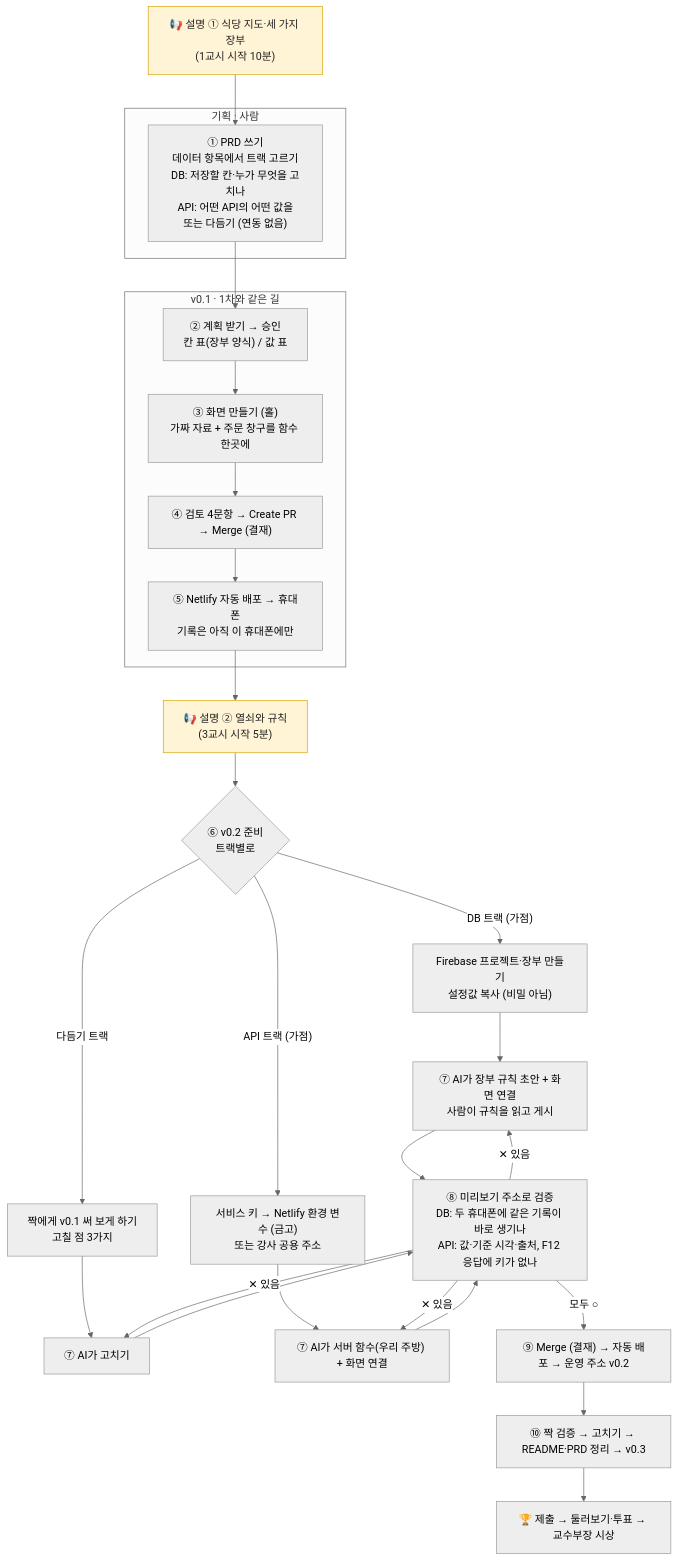
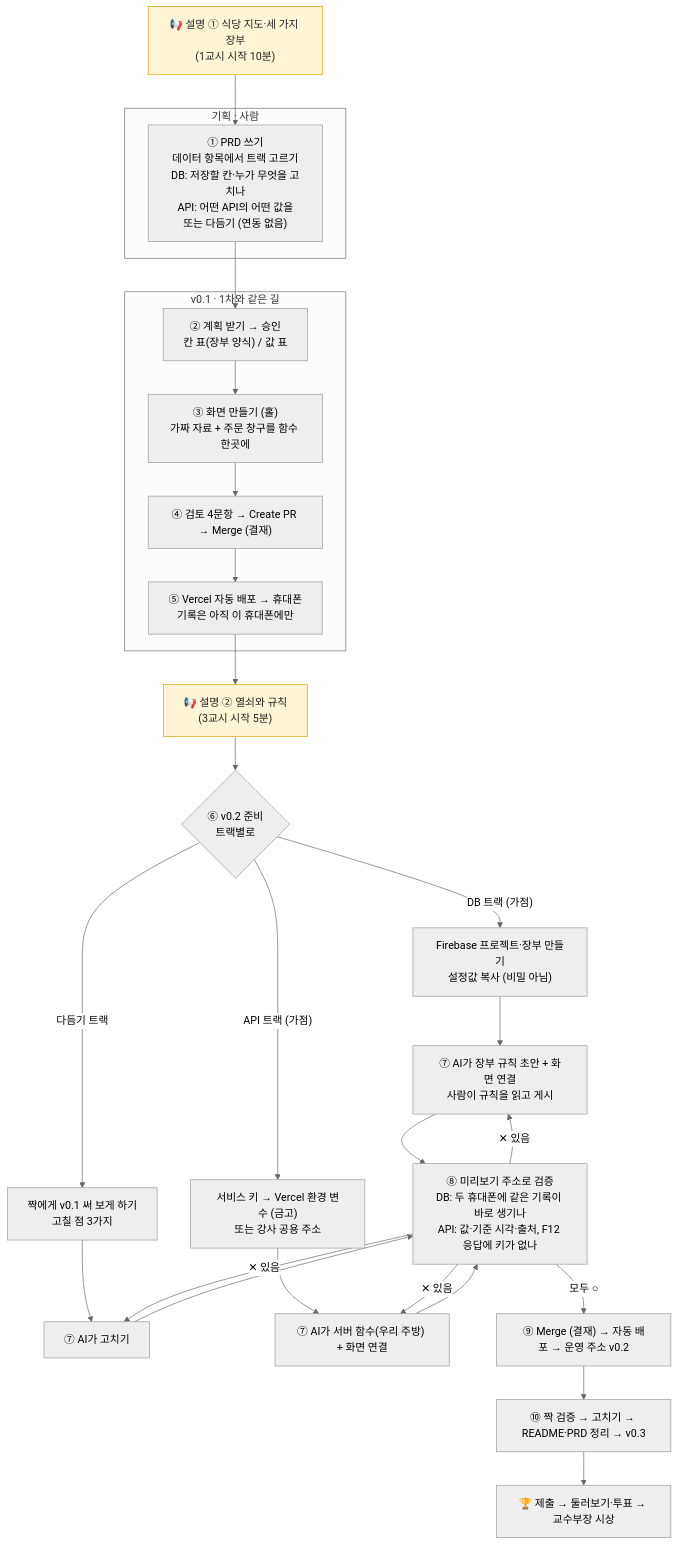
One commit to skydiver846/fire-ai-classroom changed the diagram in instructor/2차-흐름도.md. Above: the diagram before and after it, drawn with Mermaid (neutral theme). The commit also changed other lines of this file and 12 other files, not shown here.

````diff
--- a/instructor/2차-흐름도.md
+++ b/instructor/2차-흐름도.md
@@ -13,39 +13,39 @@
 ```mermaid
 flowchart TD
     S1["📢 설명 ① 식당 지도·세 가지 장부<br/>(1교시 시작 10분)"]:::talk
 
     subgraph P["기획 · 사람"]
       A["① PRD 쓰기<br/>데이터 항목에서 트랙 고르기<br/>DB: 저장할 칸·누가 무엇을 고치나<br/>API: 어떤 API의 어떤 값을<br/>또는 다듬기 (연동 없음)"]
     end
 
     subgraph V1["v0.1 · 1차와 같은 길"]
       B["② 계획 받기 → 승인<br/>칸 표(장부 양식) / 값 표"] --> C["③ 화면 만들기 (홀)<br/>가짜 자료 + 주문 창구를 함수 한곳에"]
       C --> D["④ 검토 4문항 → Create PR → Merge (결재)"]
-      D --> E["⑤ Netlify 자동 배포 → 휴대폰<br/>기록은 아직 이 휴대폰에만"]
+      D --> E["⑤ Vercel 자동 배포 → 휴대폰<br/>기록은 아직 이 휴대폰에만"]
     end
 
     S1 --> A
     A --> B
     E --> S2["📢 설명 ② 열쇠와 규칙<br/>(3교시 시작 5분)"]:::talk
     S2 --> F{"⑥ v0.2 준비<br/>트랙별로"}
 
     F -->|"DB 트랙 (가점)"| G1["Firebase 프로젝트·장부 만들기<br/>설정값 복사 (비밀 아님)"]
-    F -->|"API 트랙 (가점)"| H1["서비스 키 → Netlify 환경 변수 (금고)<br/>또는 강사 공용 주소"]
+    F -->|"API 트랙 (가점)"| H1["서비스 키 → Vercel 환경 변수 (금고)<br/>또는 강사 공용 주소"]
     F -->|"다듬기 트랙"| T1["짝에게 v0.1 써 보게 하기<br/>고칠 점 3가지"]
     T1 --> T2["⑦ AI가 고치기"]
     T2 --> I
 
     G1 --> G2["⑦ AI가 장부 규칙 초안 + 화면 연결<br/>사람이 규칙을 읽고 게시"]
     H1 --> H2["⑦ AI가 서버 함수(우리 주방) + 화면 연결"]
 
     G2 --> I["⑧ 미리보기 주소로 검증<br/>DB: 두 휴대폰에 같은 기록이 바로 생기나<br/>API: 값·기준 시각·출처, F12 응답에 키가 없나"]
     H2 --> I
     I -->|"✕ 있음"| G2
     I -->|"✕ 있음"| H2
     I -->|"✕ 있음"| T2
     I -->|"모두 ○"| J["⑨ Merge (결재) → 자동 배포 → 운영 주소 v0.2"]
     J --> K["⑩ 짝 검증 → 고치기 → README·PRD 정리 → v0.3"]
     K --> L["🏆 제출 → 둘러보기·투표 → 교수부장 시상"]
 
     classDef talk fill:#fff4d6,stroke:#d9a400,color:#222;
 ```
````
